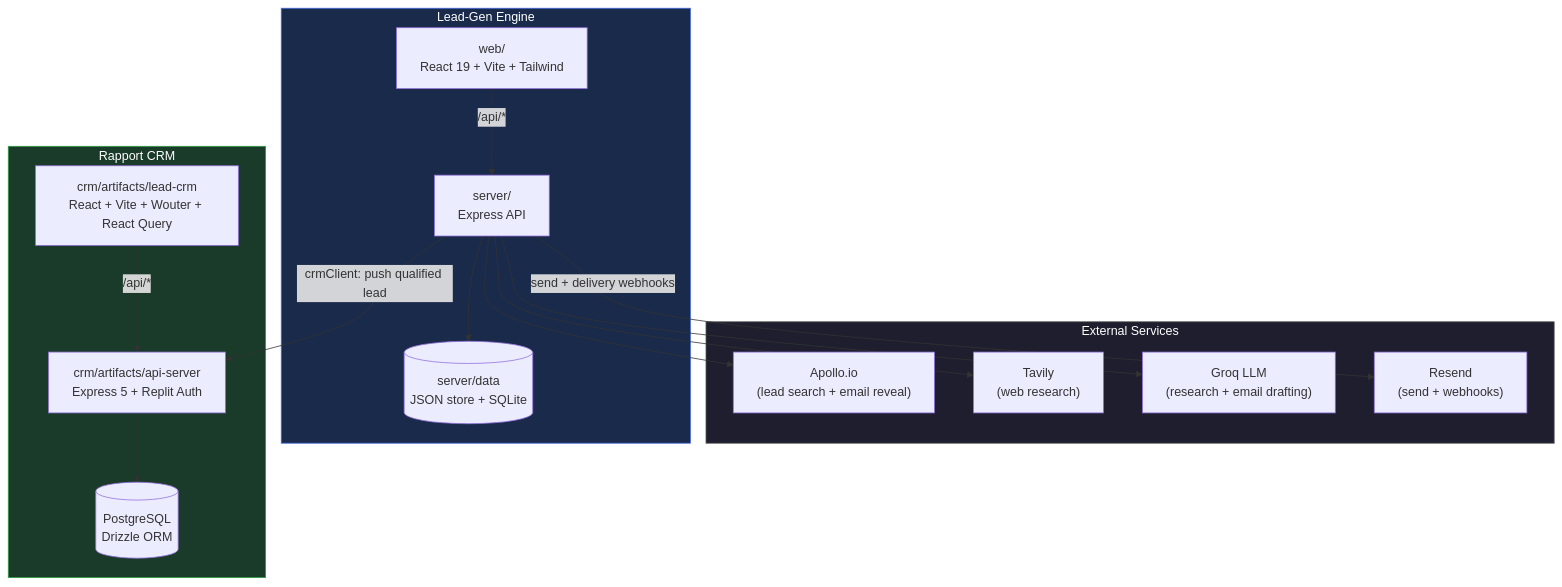
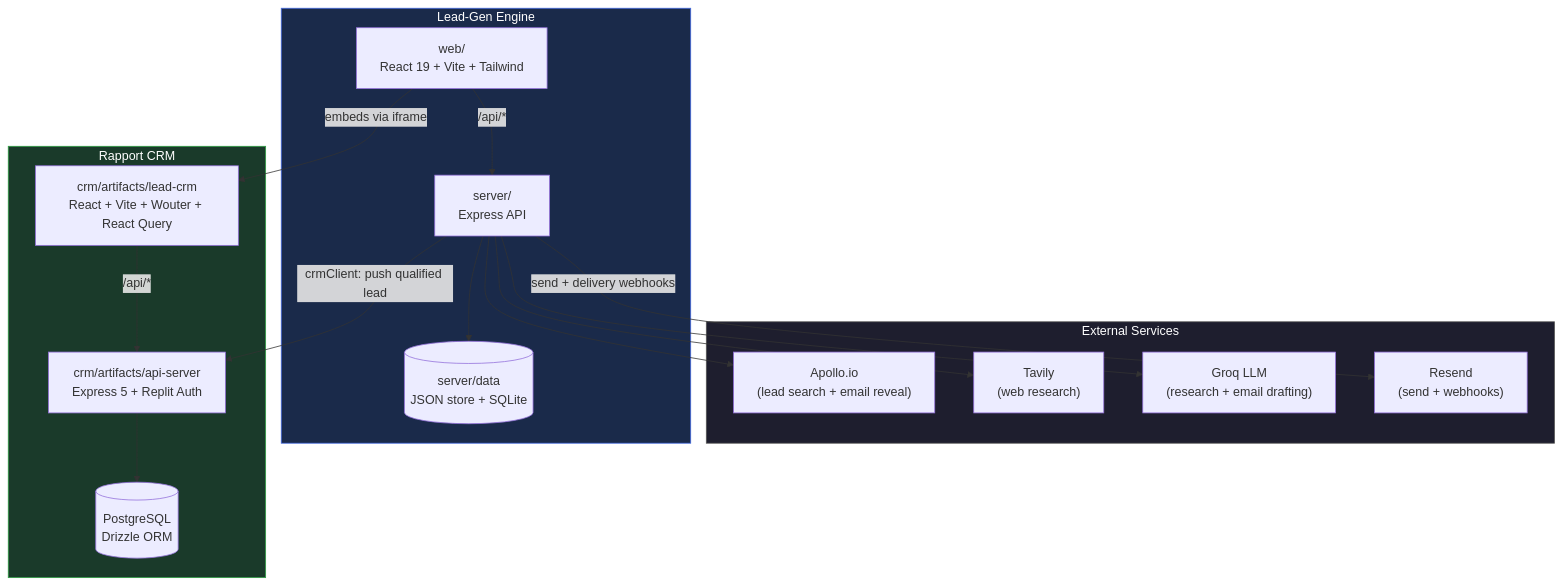
Before and after one commit to Arshath015/Lead-Gen-Automation-System: the first of 3 diagrams in README.md, drawn with Mermaid. The commit also changed other lines of this file and 9 other files, not shown here.

````diff
--- a/README.md
+++ b/README.md
@@ -48,36 +65,37 @@
 ```mermaid
 flowchart TB
     subgraph External["External Services"]
         Apollo["Apollo.io<br/>(lead search + email reveal)"]
         Tavily["Tavily<br/>(web research)"]
         Groq["Groq LLM<br/>(research + email drafting)"]
         Resend["Resend<br/>(send + webhooks)"]
     end
 
     subgraph LeadGen["Lead-Gen Engine"]
         LGWeb["web/<br/>React 19 + Vite + Tailwind"]
         LGApi["server/<br/>Express API"]
         LGStore[("server/data<br/>JSON store + SQLite")]
     end
 
     subgraph CRM["Rapport CRM"]
         CRMWeb["crm/artifacts/lead-crm<br/>React + Vite + Wouter + React Query"]
         CRMApi["crm/artifacts/api-server<br/>Express 5 + Replit Auth"]
         PG[("PostgreSQL<br/>Drizzle ORM")]
     end
 
     LGWeb -- "/api/*" --> LGApi
+    LGWeb -- "embeds via iframe" --> CRMWeb
     LGApi --> Apollo
     LGApi --> Tavily
     LGApi --> Groq
     LGApi -- "send + delivery webhooks" --> Resend
     LGApi --> LGStore
     LGApi -- "crmClient: push qualified lead" --> CRMApi
 
     CRMWeb -- "/api/*" --> CRMApi
     CRMApi --> PG
 
     style External fill:#1e1e2e,color:#fff,stroke:#555
     style LeadGen fill:#1a2a4a,color:#fff,stroke:#4169E1
     style CRM fill:#1a3a2a,color:#fff,stroke:#2ea043
 ```
````
